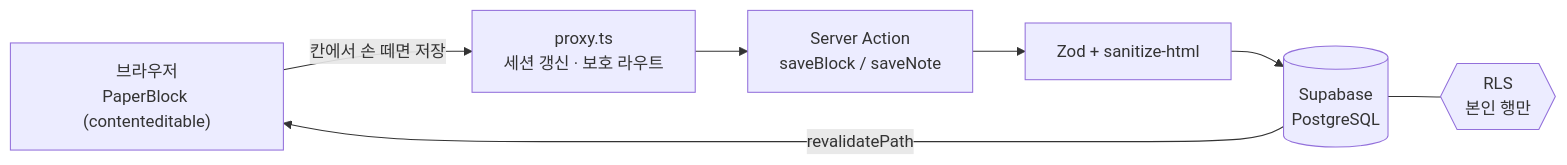
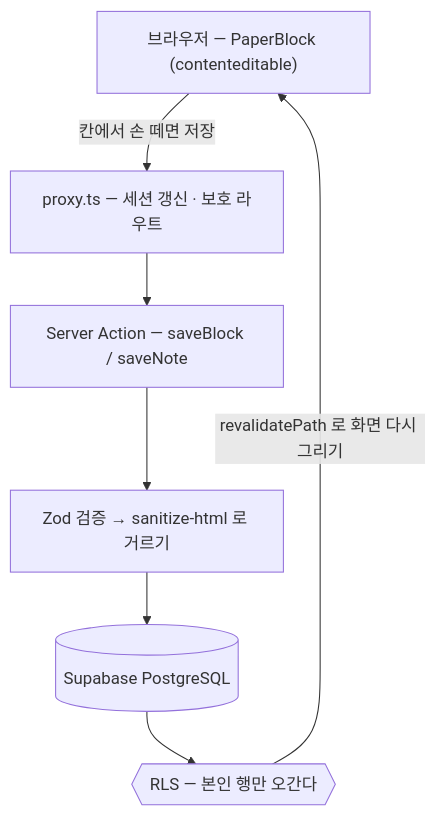
One commit to sarasoobin/yellow-planner changed the diagram in README.md. Above: the diagram before and after it, drawn with Mermaid.

Commit message:
docs: 아키텍처 그림을 세로로
GitHub 은 그림 오른쪽 위에 확대·이동 단추를 얹는다. 가로로 그리니 그 단추가
맨 오른쪽 RLS 를 가렸다. 세로로 세우면 오른쪽이 비어서 안 가린다.

RLS 를 DB 옆에 매달지 않고 흐름 안에 넣었다. 실제로도 조회 결과가 RLS 를
지나 브라우저로 돌아온다.

````diff
--- a/README.md
+++ b/README.md
@@ -77,16 +77,16 @@
 ```mermaid
-flowchart LR
-  B["브라우저<br/>PaperBlock (contenteditable)"]
-  P["proxy.ts<br/>세션 갱신 · 보호 라우트"]
-  S["Server Action<br/>saveBlock / saveNote"]
-  Z["Zod + sanitize-html"]
-  D[("Supabase<br/>PostgreSQL")]
-  R{{"RLS<br/>본인 행만"}}
+flowchart TD
+  B["브라우저 — PaperBlock (contenteditable)"]
+  P["proxy.ts — 세션 갱신 · 보호 라우트"]
+  S["Server Action — saveBlock / saveNote"]
+  Z["Zod 검증 → sanitize-html 로 거르기"]
+  D[("Supabase PostgreSQL")]
+  R{{"RLS — 본인 행만 오간다"}}
 
   B -->|"칸에서 손 떼면 저장"| P
   P --> S
   S --> Z
   Z --> D
-  D --- R
-  D -->|"revalidatePath"| B
+  D --> R
+  R -->|"revalidatePath 로 화면 다시 그리기"| B
 ```
````
